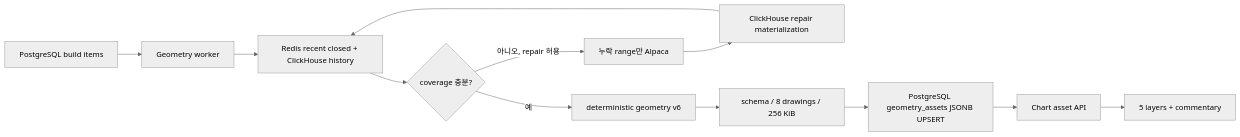
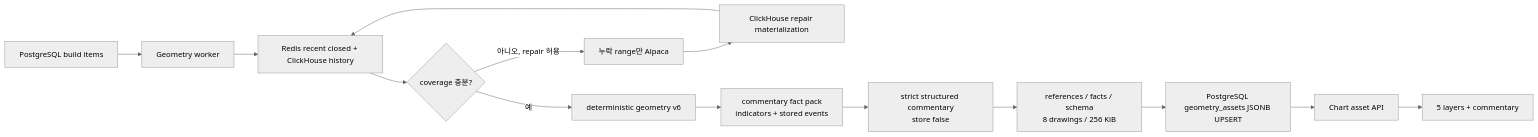
One commit to seunglee10/GOPS-BE changed the diagram in docs/CHART_ANALYSIS_ASSETS.md. Above: the diagram before and after it, drawn with Mermaid (neutral theme). The commit also changed other lines of this file and 17 other files, not shown here.

Commit message:
feat(chart): add grounded commentary references

````diff
--- a/docs/CHART_ANALYSIS_ASSETS.md
+++ b/docs/CHART_ANALYSIS_ASSETS.md
@@ -89,14 +94,16 @@
 ```mermaid
 flowchart LR
   PGQ["PostgreSQL build items"] --> Worker["Geometry worker"]
   Worker --> Closed["Redis recent closed + ClickHouse history"]
   Closed --> Gap{"coverage 충분?"}
   Gap -- "아니오, repair 허용" --> Alpaca["누락 range만 Alpaca"]
   Alpaca --> CH["ClickHouse repair materialization"]
   CH --> Closed
   Gap -- "예" --> Kernel["deterministic geometry v6"]
-  Kernel --> Guard["schema / 8 drawings / 256 KiB"]
+  Kernel --> Facts["commentary fact pack<br/>indicators + stored events"]
+  Facts --> LLM["strict structured commentary<br/>store false"]
+  LLM --> Guard["references / facts / schema<br/>8 drawings / 256 KiB"]
   Guard --> PG["PostgreSQL geometry_assets JSONB UPSERT"]
   PG --> API["Chart asset API"]
   API --> UI["5 layers + commentary"]
 ```
````
